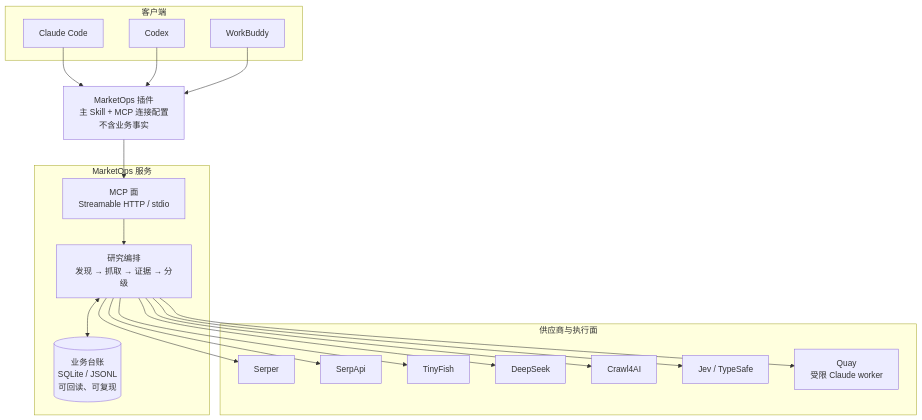
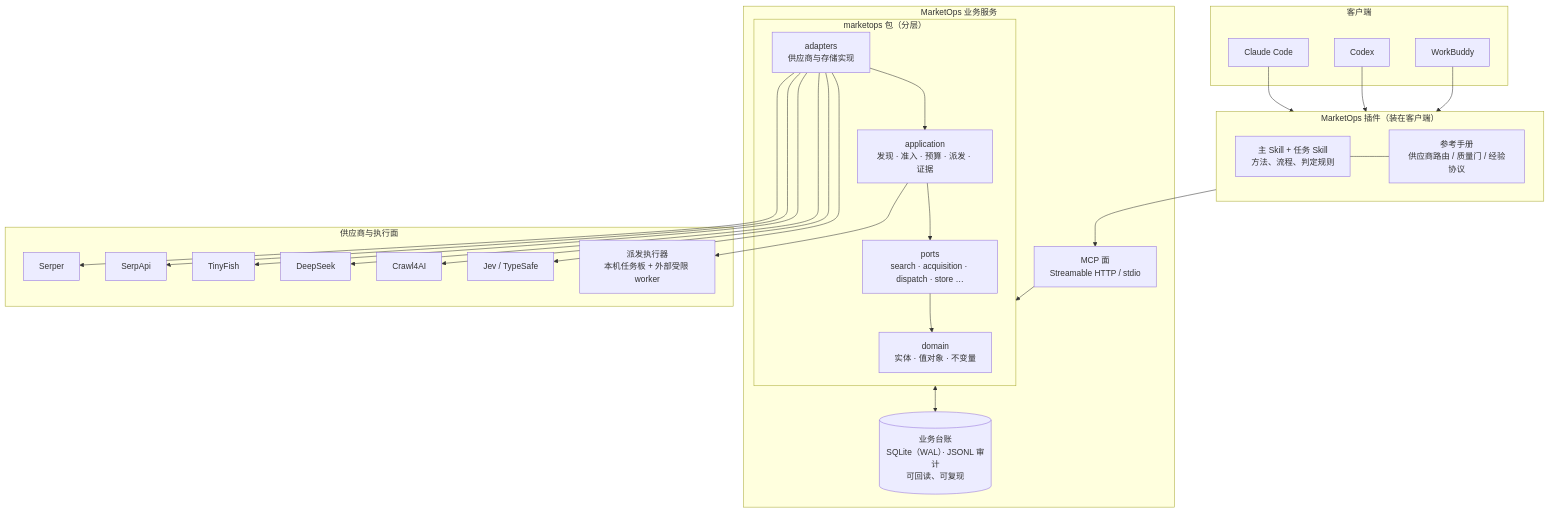
Before and after one commit to ProfessorZhi/marketops: the third of 4 diagrams in README.md, drawn with Mermaid. The commit also changed other lines of this file and 18 other files, not shown here.

````diff
--- a/README.md
+++ b/README.md
@@ -68,40 +192,50 @@
 ```mermaid
 flowchart TB
     subgraph CLIENT["客户端"]
         CC["Claude Code"]
         CX["Codex"]
         WB["WorkBuddy"]
     end
 
-    PLUGIN["MarketOps 插件<br/>主 Skill + MCP 连接配置<br/>不含业务事实"]
+    subgraph PKG["MarketOps 插件（装在客户端）"]
+        SK["主 Skill + 任务 Skill<br/>方法、流程、判定规则"]
+        REF["参考手册<br/>供应商路由 / 质量门 / 经验协议"]
+        SK --- REF
+    end
 
-    subgraph SVC["MarketOps 服务"]
+    subgraph SVC["MarketOps 业务服务"]
         MCP["MCP 面<br/>Streamable HTTP / stdio"]
-        ENG["研究编排<br/>发现 → 抓取 → 证据 → 分级"]
-        LEDGER[("业务台账<br/>SQLite / JSONL<br/>可回读、可复现")]
-        MCP --> ENG
-        ENG <--> LEDGER
+        subgraph CORE["marketops 包（分层）"]
+            DOM["domain<br/>实体 · 值对象 · 不变量"]
+            APP["application<br/>发现 · 准入 · 预算 · 派发 · 证据"]
+            PORTS["ports<br/>search · acquisition · dispatch · store …"]
+            AD["adapters<br/>供应商与存储实现"]
+            AD --> APP --> PORTS --> DOM
+        end
+        DB[("业务台账<br/>SQLite（WAL）· JSONL 审计<br/>可回读、可复现")]
+        MCP --> CORE
+        CORE <--> DB
     end
 
     subgraph PROV["供应商与执行面"]
         SR["Serper"]
         SA["SerpApi"]
         TF["TinyFish"]
         DS["DeepSeek"]
         CR["Crawl4AI"]
         JV["Jev / TypeSafe"]
-        QY["Quay<br/>受限 Claude worker"]
+        EX["派发执行器<br/>本机任务板 + 外部受限 worker"]
     end
 
-    CC --> PLUGIN
-    CX --> PLUGIN
-    WB --> PLUGIN
-    PLUGIN --> MCP
-    ENG --> SR
-    ENG --> SA
-    ENG --> TF
-    ENG --> DS
-    ENG --> CR
-    ENG --> JV
-    ENG --> QY
+    CC --> PKG
+    CX --> PKG
+    WB --> PKG
+    PKG --> MCP
+    AD --> SR
+    AD --> SA
+    AD --> TF
+    AD --> DS
+    AD --> CR
+    AD --> JV
+    APP --> EX
 ```
````
